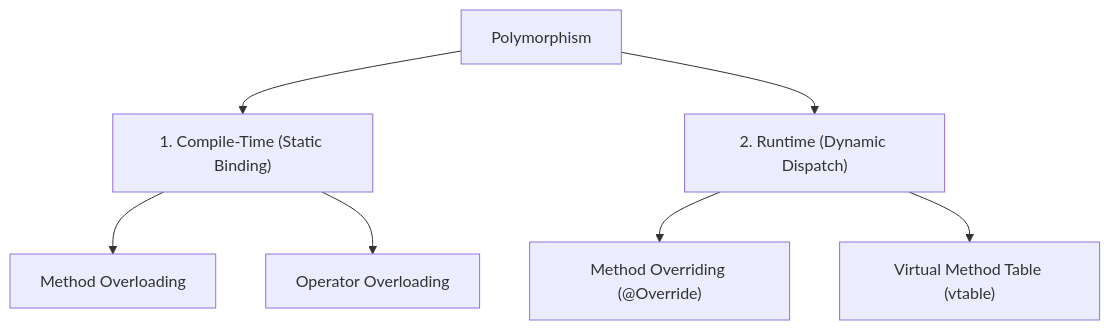
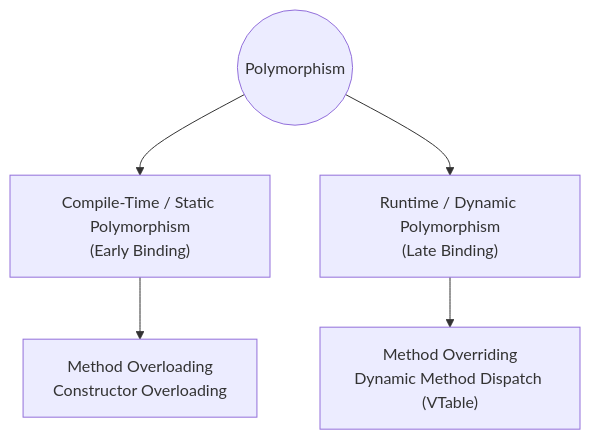
Before and after one commit to rohithgowda18/Notes: the fourth of 5 diagrams in 04-OOPs-and-Design-Patterns/01-Core-OOPs-and-UML/03-Inheritance-and-Polymorphism-in-OOPs.md, drawn with Mermaid. The commit also changed other lines of this file and 17 other files, not shown here.

Commit message:
docs(lld): enrich notes with deep architectural analysis, diagrams, anti-patterns & code

````diff
--- a/04-OOPs-and-Design-Patterns/01-Core-OOPs-and-UML/03-Inheritance-and-Polymorphism-in-OOPs.md
+++ b/04-OOPs-and-Design-Patterns/01-Core-OOPs-and-UML/03-Inheritance-and-Polymorphism-in-OOPs.md
@@ -56,12 +96,8 @@
 ```mermaid
-flowchart TD
-    Poly["Polymorphism"]
-    Poly --> Static["1. Compile-Time (Static Binding)"]
-    Poly --> Dynamic["2. Runtime (Dynamic Dispatch)"]
-
-    Static --> Overload["Method Overloading"]
-    Static --> OpOverload["Operator Overloading"]
-
-    Dynamic --> Override["Method Overriding (@Override)"]
-    Dynamic --> VTable["Virtual Method Table (vtable)"]
+graph TD
+    Root((Polymorphism)) --> CompileTime["Compile-Time / Static Polymorphism<br/>(Early Binding)"]
+    Root --> Runtime["Runtime / Dynamic Polymorphism<br/>(Late Binding)"]
+    
+    CompileTime --> Overloading["Method Overloading<br/>Constructor Overloading"]
+    Runtime --> Overriding["Method Overriding<br/>Dynamic Method Dispatch (VTable)"]
 ```
````
